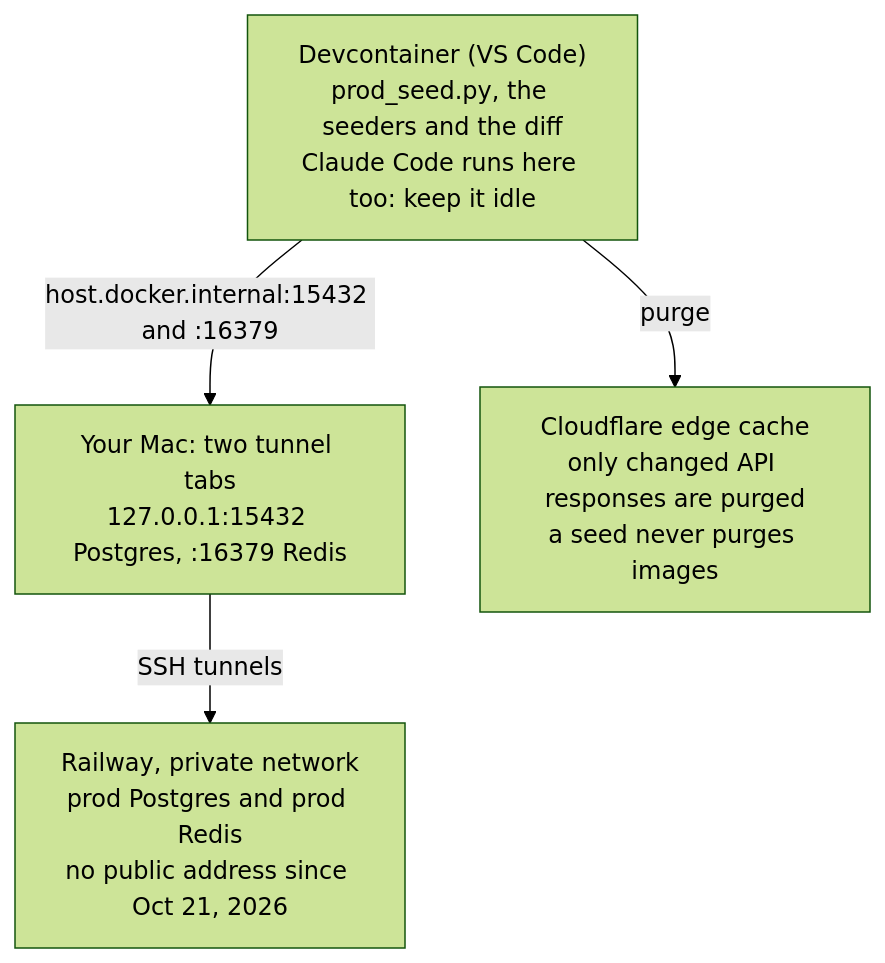
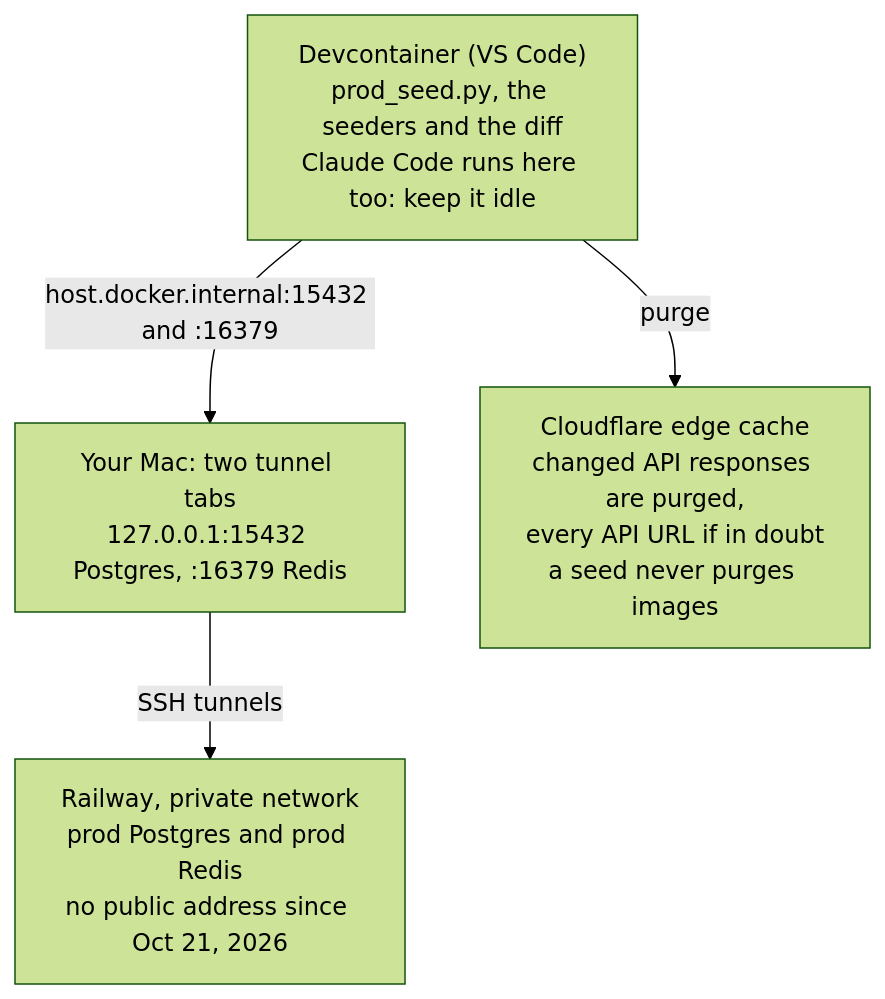
One commit to kyoriku/stellar-blade-guide changed the diagram in server/scripts/content-seeding-runbook.md. Above: the diagram before and after it, drawn with Mermaid (forest theme). The commit also changed other lines of this file and 1 other file, not shown here.

````diff
--- a/server/scripts/content-seeding-runbook.md
+++ b/server/scripts/content-seeding-runbook.md
@@ -27,10 +27,10 @@
 ```mermaid
 flowchart TD
     dev["Devcontainer (VS Code)<br/>prod_seed.py, the seeders and the diff<br/>Claude Code runs here too: keep it idle"]
     mac["Your Mac: two tunnel tabs<br/>127.0.0.1:15432 Postgres, :16379 Redis"]
     rw["Railway, private network<br/>prod Postgres and prod Redis<br/>no public address since Oct 21, 2026"]
-    cf["Cloudflare edge cache<br/>only changed API responses are purged<br/>a seed never purges images"]
+    cf["Cloudflare edge cache<br/>changed API responses are purged,<br/>every API URL if in doubt<br/>a seed never purges images"]
     dev -->|"host.docker.internal:15432 and :16379"| mac
     mac -->|"SSH tunnels"| rw
     dev -->|"purge"| cf
 ```
````
